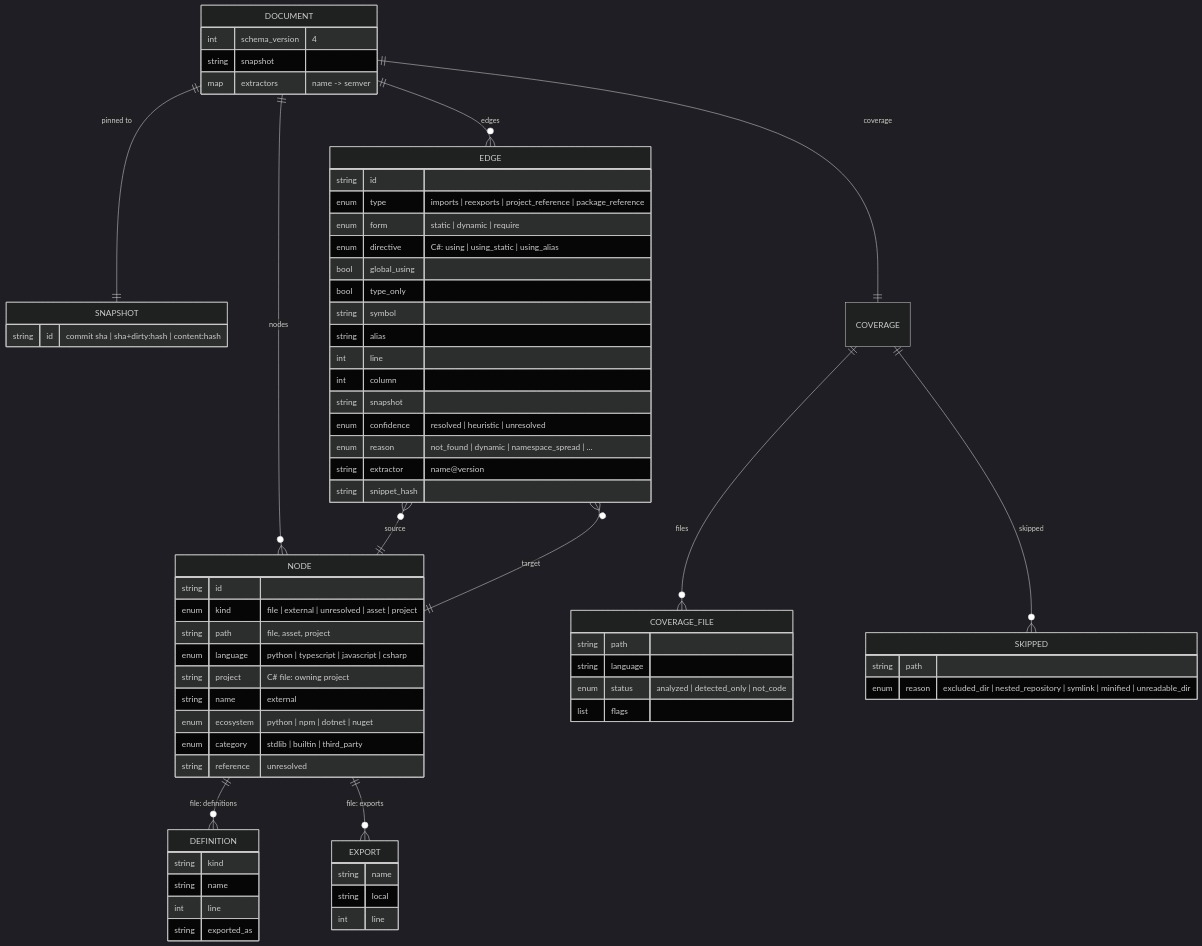
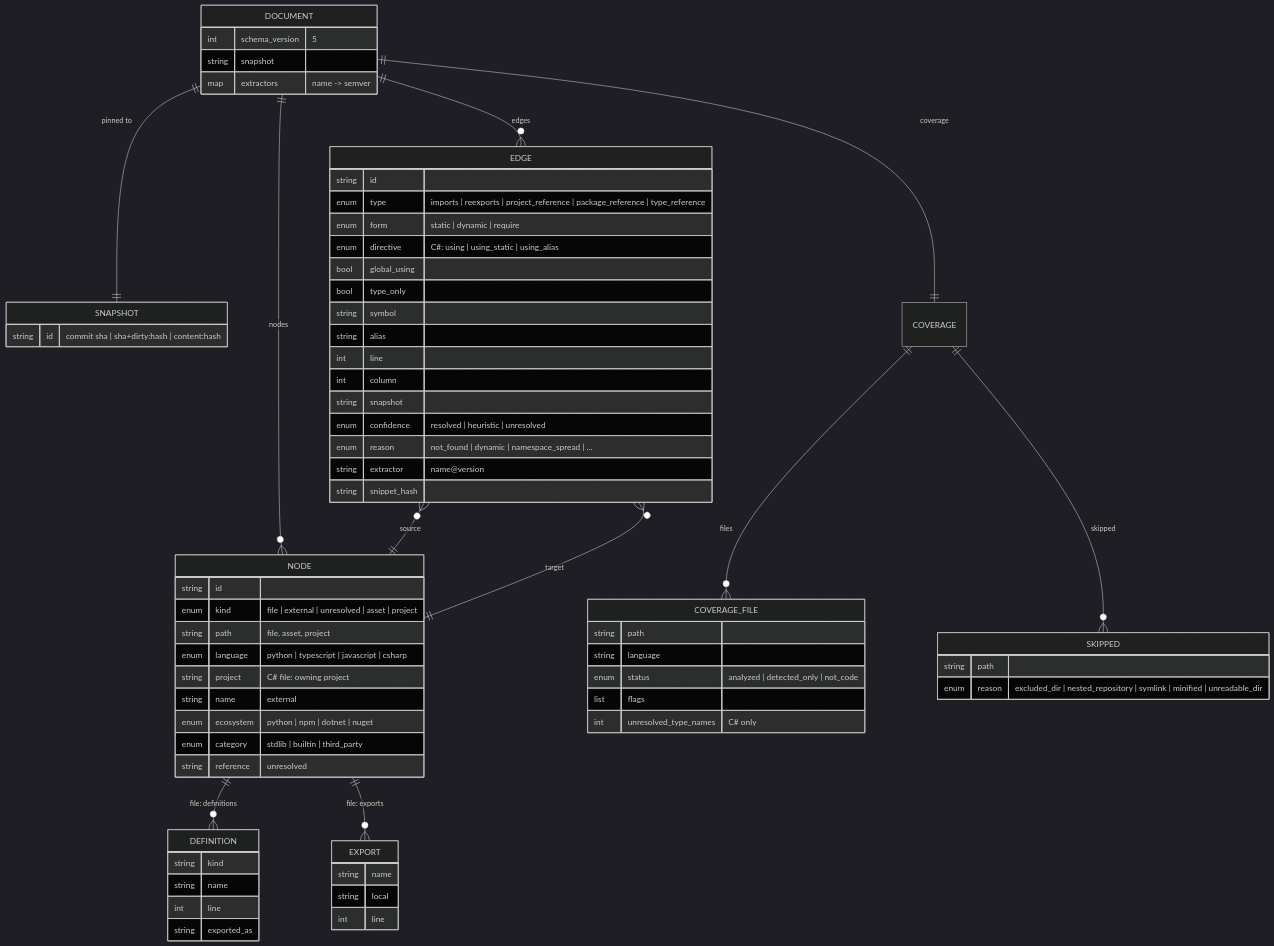
One commit to ulyanafrolova/graphora-AI changed the second of 3 diagrams in README.md. Above: the diagram before and after it, drawn with Mermaid (dark theme). The commit also changed other lines of this file and 4 other files, not shown here.

````diff
--- a/README.md
+++ b/README.md
@@ -123,71 +124,72 @@
 ```mermaid
 erDiagram
     DOCUMENT ||--|| SNAPSHOT : "pinned to"
     DOCUMENT ||--o{ NODE : nodes
     DOCUMENT ||--o{ EDGE : edges
     DOCUMENT ||--|| COVERAGE : coverage
     EDGE }o--|| NODE : source
     EDGE }o--|| NODE : target
     NODE ||--o{ DEFINITION : "file: definitions"
     NODE ||--o{ EXPORT : "file: exports"
     COVERAGE ||--o{ COVERAGE_FILE : files
     COVERAGE ||--o{ SKIPPED : skipped
 
     DOCUMENT {
-        int schema_version "4"
+        int schema_version "5"
         string snapshot
         map extractors "name -> semver"
     }
     SNAPSHOT {
         string id "commit sha | sha+dirty:hash | content:hash"
     }
     NODE {
         string id
         enum kind "file | external | unresolved | asset | project"
         string path "file, asset, project"
         enum language "python | typescript | javascript | csharp"
         string project "C# file: owning project"
         string name "external"
         enum ecosystem "python | npm | dotnet | nuget"
         enum category "stdlib | builtin | third_party"
         string reference "unresolved"
     }
     EDGE {
         string id
-        enum type "imports | reexports | project_reference | package_reference"
+        enum type "imports | reexports | project_reference | package_reference | type_reference"
         enum form "static | dynamic | require"
         enum directive "C#: using | using_static | using_alias"
         bool global_using
         bool type_only
         string symbol
         string alias
         int line
         int column
         string snapshot
         enum confidence "resolved | heuristic | unresolved"
         enum reason "not_found | dynamic | namespace_spread | ..."
         string extractor "name@version"
         string snippet_hash
     }
     DEFINITION {
         string kind
         string name
         int line
         string exported_as
     }
     EXPORT {
         string name
         string local
         int line
     }
     COVERAGE_FILE {
         string path
         string language
         enum status "analyzed | detected_only | not_code"
         list flags
+        int unresolved_type_names "C# only"
     }
     SKIPPED {
         string path
         enum reason "excluded_dir | nested_repository | symlink | minified | unreadable_dir"
     }
 ```
````
